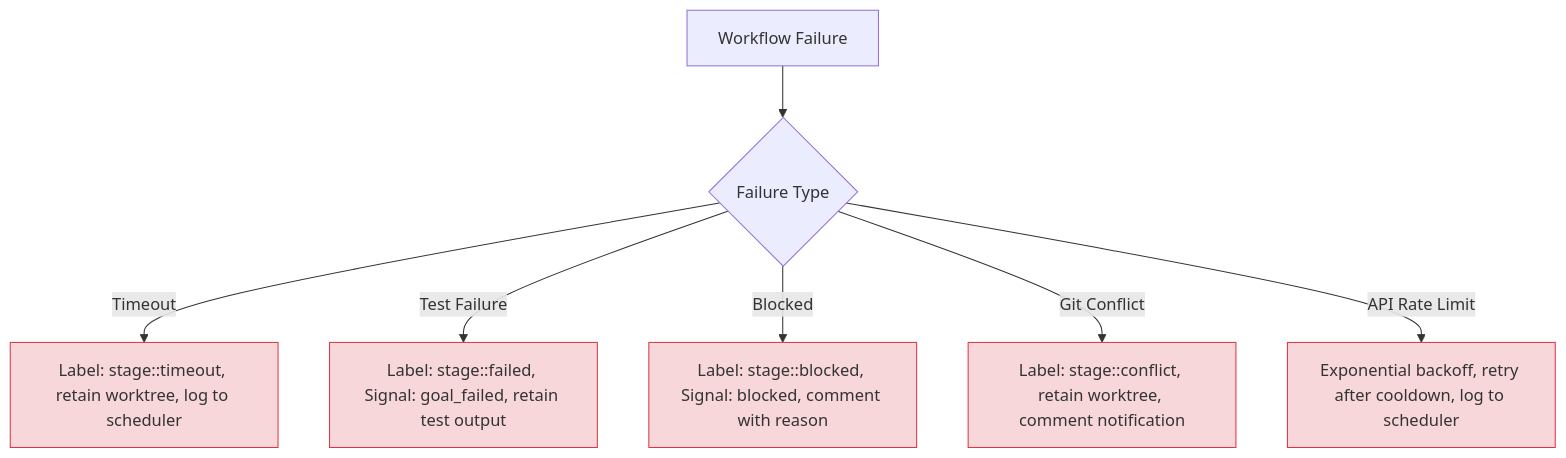
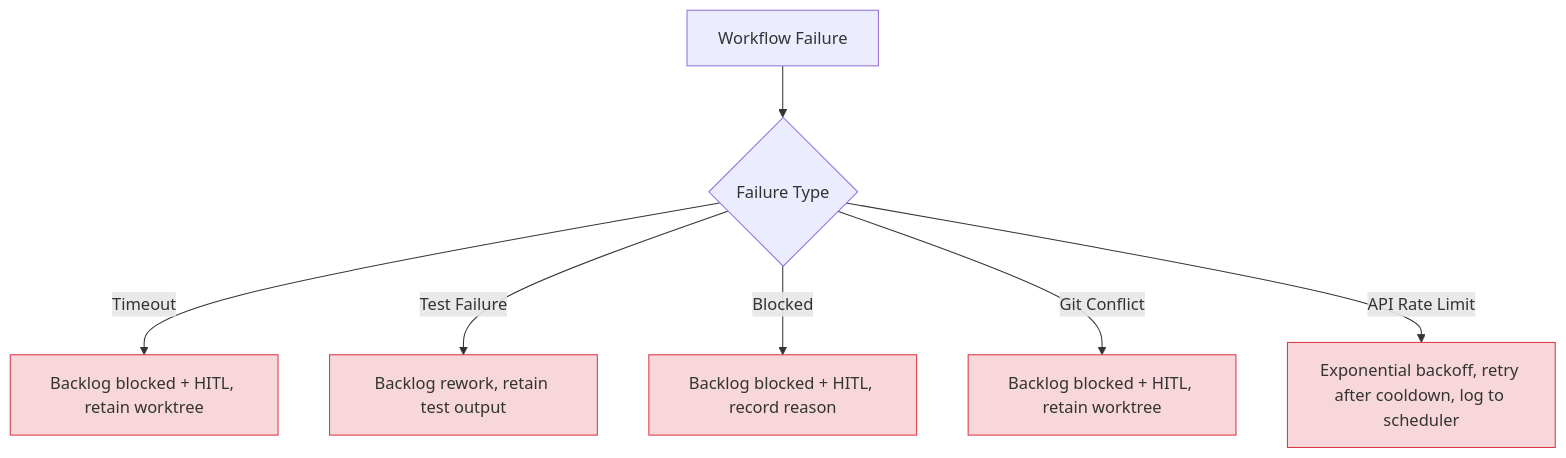
The seventh of 9 diagrams in docs/WORKFLOWS.md (easyhaloo/afk), drawn with Mermaid before and after one commit. The commit also changed other lines of this file and 87 other files, not shown here.

````diff
--- a/docs/WORKFLOWS.md
+++ b/docs/WORKFLOWS.md
@@ -415,13 +414,13 @@
 ```mermaid
 graph TD
     Fail[Workflow Failure] --> Type{Failure Type}
 
-    Type -->|Timeout| Timeout["Label: stage::timeout, retain worktree, log to scheduler"]
-    Type -->|Test Failure| TestFail["Label: stage::failed, Signal: goal_failed, retain test output"]
-    Type -->|Blocked| Blocked["Label: stage::blocked, Signal: blocked, comment with reason"]
-    Type -->|Git Conflict| Conflict["Label: stage::conflict, retain worktree, comment notification"]
+    Type -->|Timeout| Timeout["Backlog blocked + HITL, retain worktree"]
+    Type -->|Test Failure| TestFail["Backlog rework, retain test output"]
+    Type -->|Blocked| Blocked["Backlog blocked + HITL, record reason"]
+    Type -->|Git Conflict| Conflict["Backlog blocked + HITL, retain worktree"]
     Type -->|API Rate Limit| RateLimit["Exponential backoff, retry after cooldown, log to scheduler"]
 
     classDef error fill:#f8d7da,stroke:#dc3545
     class Timeout,TestFail,Blocked,Conflict,RateLimit error
 ```
````
